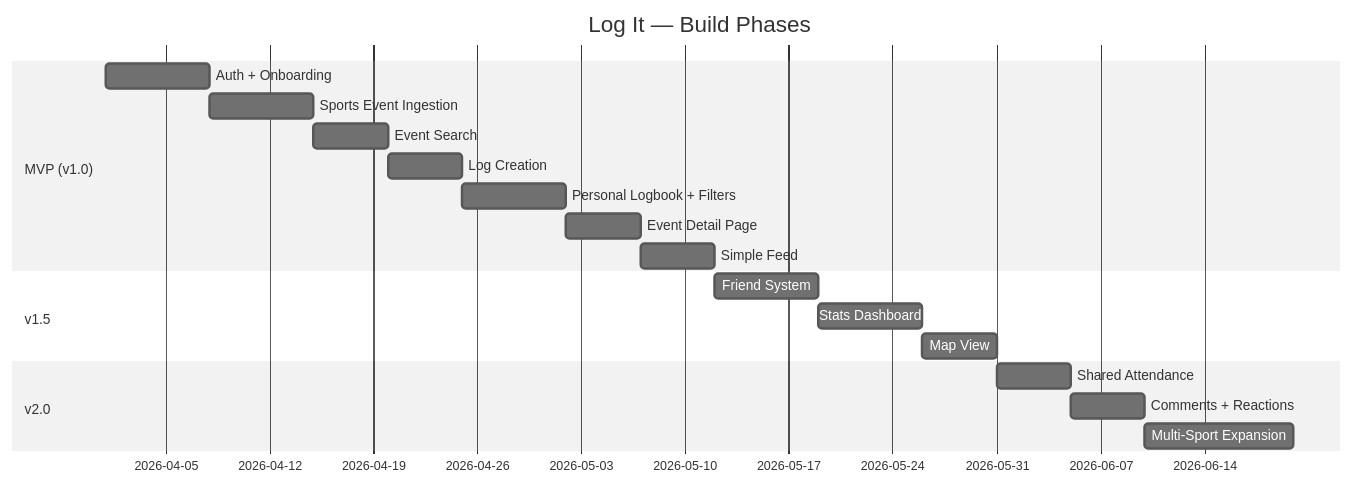
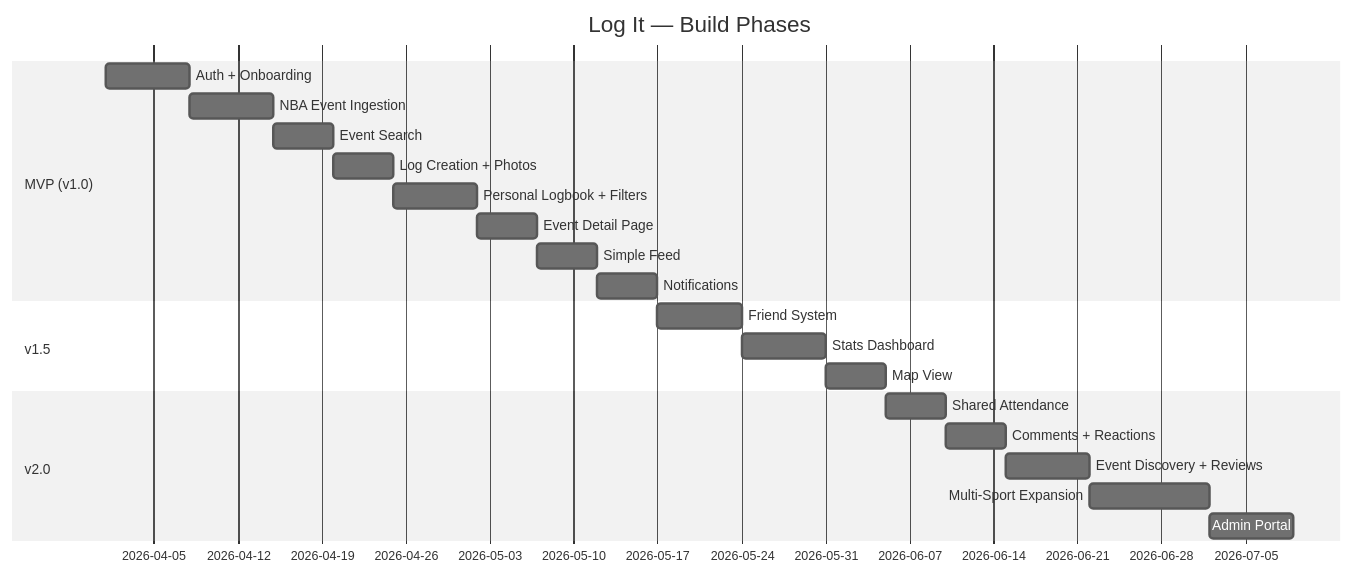
Before and after one commit to jonahr4/LogIt: the diagram in docs/FEATURE_ROADMAP.md, drawn with Mermaid (neutral theme). The commit also changed other lines of this file and 8 other files, not shown here.

````diff
--- a/docs/FEATURE_ROADMAP.md
+++ b/docs/FEATURE_ROADMAP.md
@@ -7,21 +7,24 @@
 ```mermaid
 gantt
     title Log It — Build Phases
     dateFormat  YYYY-MM-DD
     section MVP (v1.0)
     Auth + Onboarding           :a1, 2026-04-01, 7d
-    Sports Event Ingestion      :a2, after a1, 7d
+    NBA Event Ingestion         :a2, after a1, 7d
     Event Search                :a3, after a2, 5d
-    Log Creation                :a4, after a3, 5d
+    Log Creation + Photos       :a4, after a3, 5d
     Personal Logbook + Filters  :a5, after a4, 7d
     Event Detail Page           :a6, after a5, 5d
     Simple Feed                 :a7, after a6, 5d
+    Notifications               :a8, after a7, 5d
     section v1.5
-    Friend System               :b1, after a7, 7d
+    Friend System               :b1, after a8, 7d
     Stats Dashboard             :b2, after b1, 7d
     Map View                    :b3, after b2, 5d
     section v2.0
     Shared Attendance           :c1, after b3, 5d
     Comments + Reactions        :c2, after c1, 5d
-    Multi-Sport Expansion       :c3, after c2, 10d
+    Event Discovery + Reviews   :c3, after c2, 7d
+    Multi-Sport Expansion       :c4, after c3, 10d
+    Admin Portal                :c5, after c4, 7d
 ```
````
